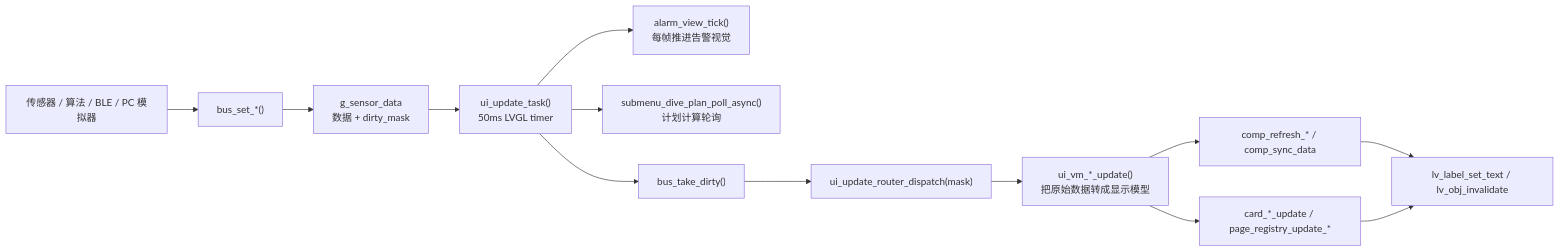
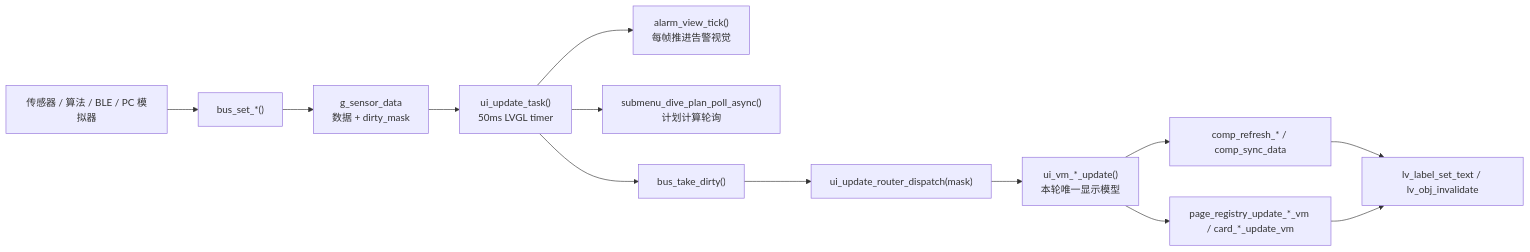
Before and after one commit to arexvision/lv_port_win_codeblocks-release-v8.3_hasGroup: the third of 19 diagrams in UI_html_DOC/CURRENT_ARCHITECTURE_DEEP_DIVE.md, drawn with Mermaid. The commit also changed other lines of this file and 12 other files, not shown here.

````diff
--- a/UI_html_DOC/CURRENT_ARCHITECTURE_DEEP_DIVE.md
+++ b/UI_html_DOC/CURRENT_ARCHITECTURE_DEEP_DIVE.md
@@ -105,15 +105,15 @@
 ```mermaid
 flowchart LR
     Producer["传感器 / 算法 / BLE / PC 模拟器"] --> BusSet["bus_set_*()"]
     BusSet --> Sensor["g_sensor_data<br/>数据 + dirty_mask"]
     Sensor --> Timer["ui_update_task()<br/>50ms LVGL timer"]
     Timer --> AlarmView["alarm_view_tick()<br/>每帧推进告警视觉"]
     Timer --> Async["submenu_dive_plan_poll_async()<br/>计划计算轮询"]
     Timer --> Take["bus_take_dirty()"]
     Take --> Router["ui_update_router_dispatch(mask)"]
-    Router --> VM["ui_vm_*_update()<br/>把原始数据转成显示模型"]
+    Router --> VM["ui_vm_*_update()<br/>本轮唯一显示模型"]
     VM --> Comp["comp_refresh_* / comp_sync_data"]
-    VM --> Cards["card_*_update / page_registry_update_*"]
+    VM --> Cards["page_registry_update_*_vm / card_*_update_vm"]
     Comp --> LVGL["lv_label_set_text / lv_obj_invalidate"]
     Cards --> LVGL
 ```
````
